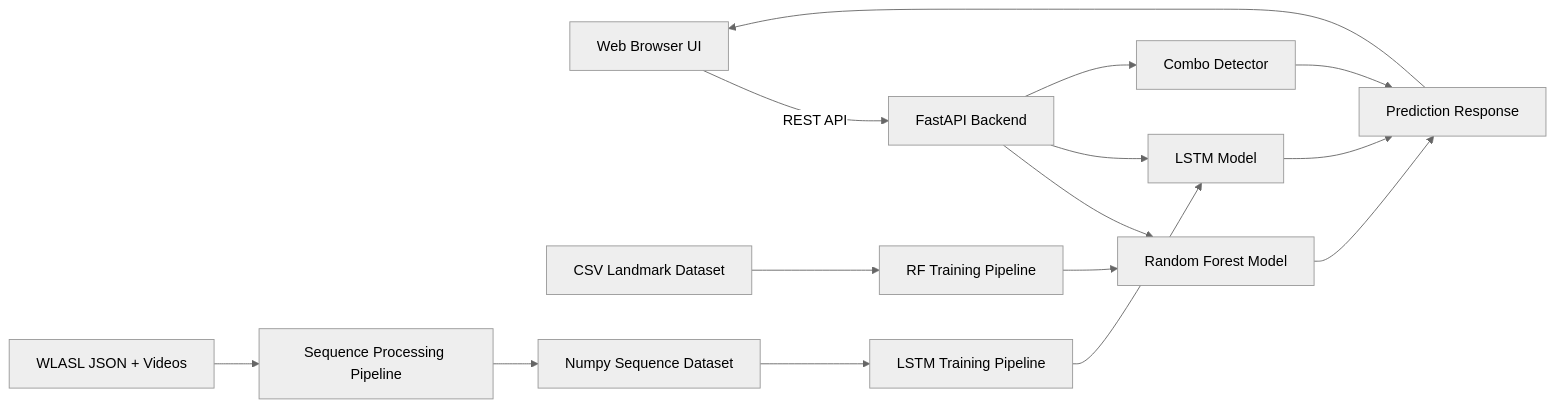
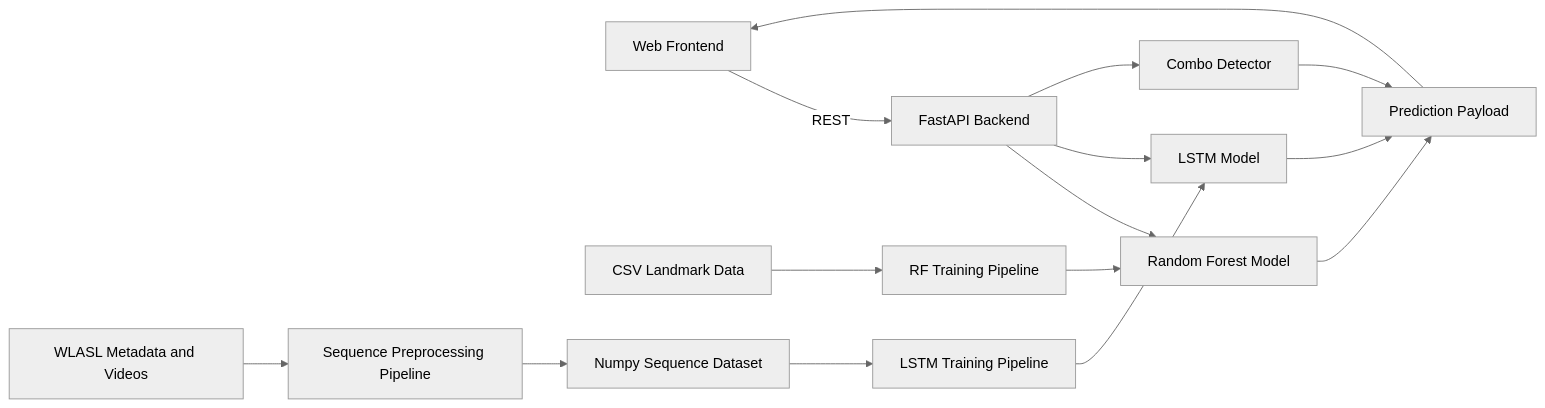
Before and after one commit to RishiStudies/hand_sign_detection_dynamic: the first of 6 diagrams in architecture_and_workflows.md, drawn with Mermaid (neutral theme). The commit also changed other lines of this file and 4 other files, not shown here.

````diff
--- a/architecture_and_workflows.md
+++ b/architecture_and_workflows.md
@@ -20,17 +15,19 @@
 ```mermaid
 flowchart LR
-    A[Web Browser UI] -->|REST API| B[FastAPI Backend]
-    B --> C[Random Forest Model]
-    B --> D[LSTM Model]
-    B --> E[Combo Detector]
-    F[CSV Landmark Dataset] --> G[RF Training Pipeline]
-    H[WLASL JSON + Videos] --> I[Sequence Processing Pipeline]
-    I --> J[Numpy Sequence Dataset]
-    J --> K[LSTM Training Pipeline]
-    G --> C
-    K --> D
-    C --> L[Prediction Response]
-    D --> L
-    E --> L
-    L --> A
+    UI[Web Frontend] -->|REST| API[FastAPI Backend]
+    API --> RF[Random Forest Model]
+    API --> LSTM[LSTM Model]
+    API --> COMBO[Combo Detector]
+
+    CSV[CSV Landmark Data] --> RFTRAIN[RF Training Pipeline]
+    WLASL[WLASL Metadata and Videos] --> PREP[Sequence Preprocessing Pipeline]
+    PREP --> SEQ[Numpy Sequence Dataset]
+    SEQ --> LSTMTRAIN[LSTM Training Pipeline]
+
+    RFTRAIN --> RF
+    LSTMTRAIN --> LSTM
+    RF --> RESP[Prediction Payload]
+    LSTM --> RESP
+    COMBO --> RESP
+    RESP --> UI
 ```
````
